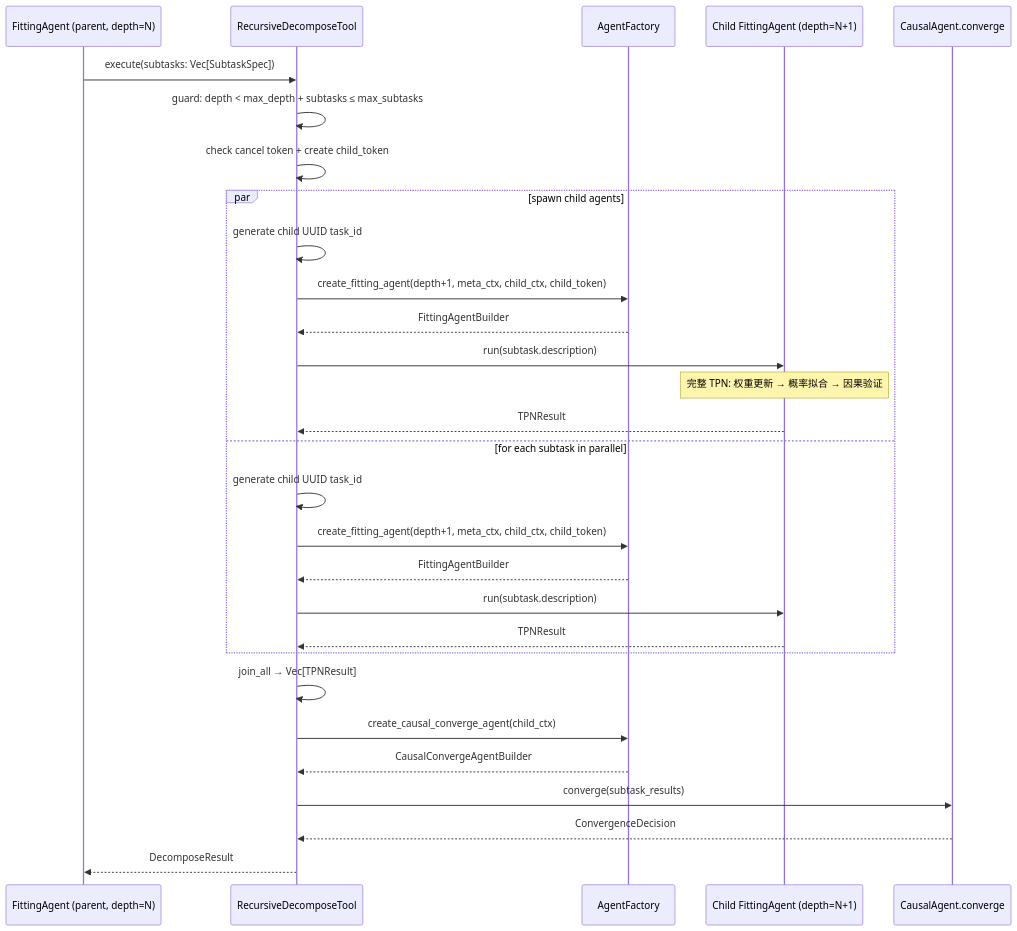
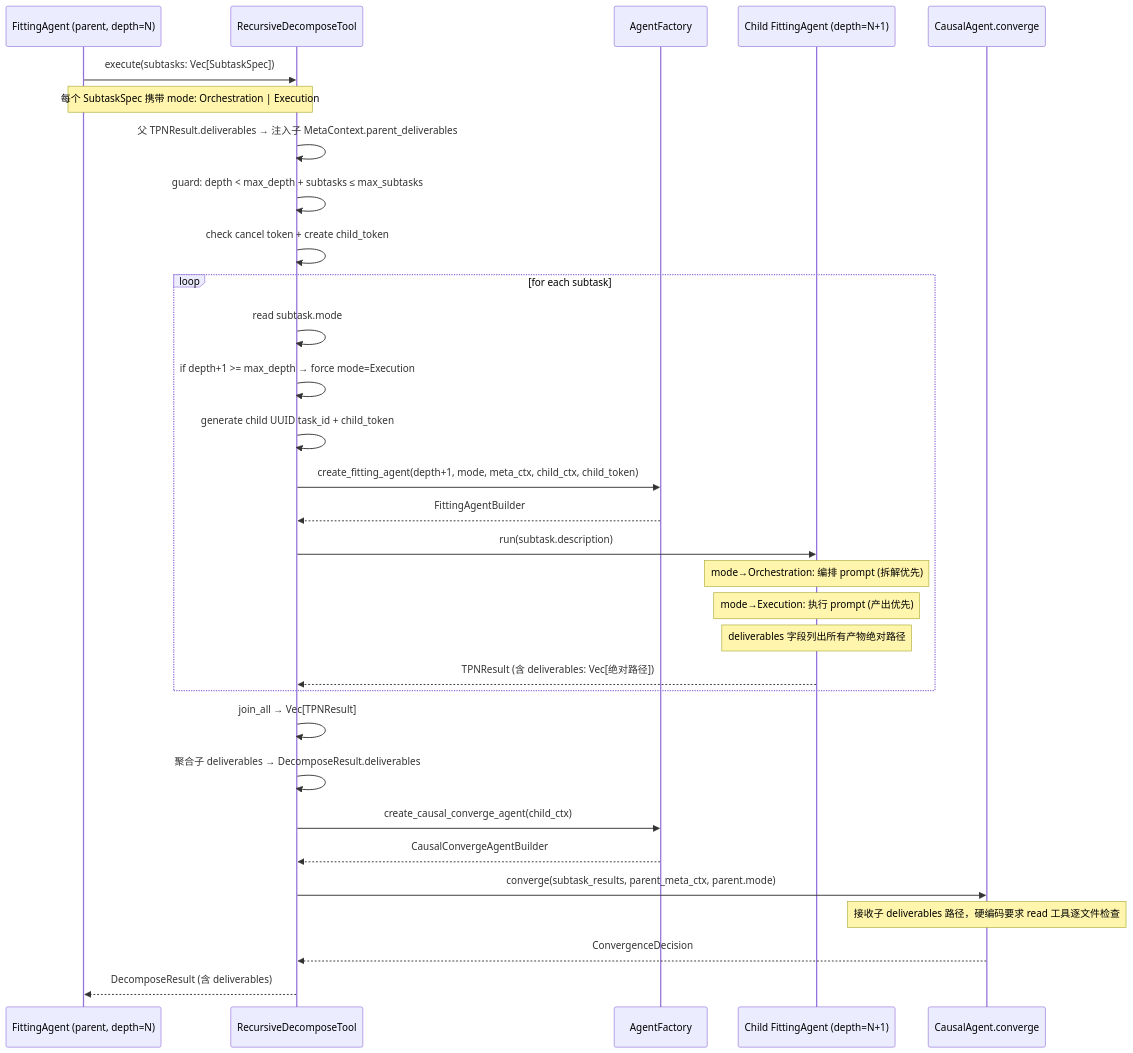
The fifth of 7 diagrams in BCP-蓝图-完型协议.md (wenge6090-tech/taiji), drawn with Mermaid before and after one commit. The commit also changed other lines of this file and 19 other files, not shown here.

````diff
--- a/BCP-蓝图-完型协议.md
+++ b/BCP-蓝图-完型协议.md
@@ -373,34 +420,37 @@
 ```mermaid
 sequenceDiagram
     participant FA as FittingAgent (parent, depth=N)
     participant RDT as RecursiveDecomposeTool
     participant AF as AgentFactory
     participant CFA as Child FittingAgent (depth=N+1)
     participant CCA as CausalAgent.converge
 
     FA->>RDT: execute(subtasks: Vec[SubtaskSpec])
+    Note over FA, RDT: 每个 SubtaskSpec 携带 mode: Orchestration | Execution
+    RDT->>RDT: 父 TPNResult.deliverables → 注入子 MetaContext.parent_deliverables
+
     RDT->>RDT: guard: depth < max_depth + subtasks ≤ max_subtasks
     RDT->>RDT: check cancel token + create child_token
 
-    par spawn child agents
-        RDT->>RDT: generate child UUID task_id
-        RDT->>AF: create_fitting_agent(depth+1, meta_ctx, child_ctx, child_token)
+    loop for each subtask
+        RDT->>RDT: read subtask.mode
+        RDT->>RDT: if depth+1 >= max_depth → force mode=Execution
+        RDT->>RDT: generate child UUID task_id + child_token
+        RDT->>AF: create_fitting_agent(depth+1, mode, meta_ctx, child_ctx, child_token)
         AF-->>RDT: FittingAgentBuilder
         RDT->>CFA: run(subtask.description)
-        Note over CFA: 完整 TPN: 权重更新 → 概率拟合 → 因果验证
-        CFA-->>RDT: TPNResult
-    and for each subtask in parallel
-        RDT->>RDT: generate child UUID task_id
-        RDT->>AF: create_fitting_agent(depth+1, meta_ctx, child_ctx, child_token)
-        AF-->>RDT: FittingAgentBuilder
-        RDT->>CFA: run(subtask.description)
-        CFA-->>RDT: TPNResult
+        Note over CFA: mode→Orchestration: 编排 prompt (拆解优先)
+        Note over CFA: mode→Execution: 执行 prompt (产出优先)
+        Note over CFA: deliverables 字段列出所有产物绝对路径
+        CFA-->>RDT: TPNResult (含 deliverables: Vec[绝对路径])
     end
 
     RDT->>RDT: join_all → Vec[TPNResult]
+    RDT->>RDT: 聚合子 deliverables → DecomposeResult.deliverables
     RDT->>AF: create_causal_converge_agent(child_ctx)
     AF-->>RDT: CausalConvergeAgentBuilder
-    RDT->>CCA: converge(subtask_results)
+    RDT->>CCA: converge(subtask_results, parent_meta_ctx, parent.mode)
+    Note over CCA: 接收子 deliverables 路径，硬编码要求 read 工具逐文件检查
     CCA-->>RDT: ConvergenceDecision
-    RDT-->>FA: DecomposeResult
+    RDT-->>FA: DecomposeResult (含 deliverables)
 ```
````
